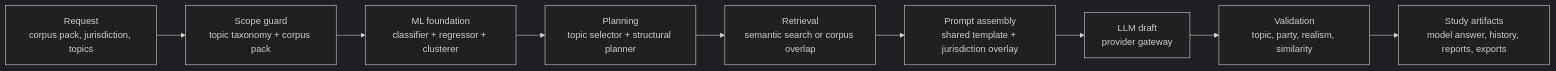
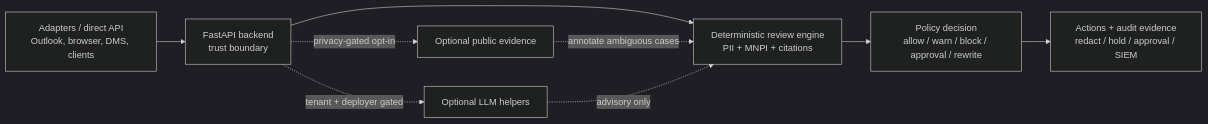
One commit to gongahkia/aki changed the first of 2 diagrams in README.md. Above: the diagram before and after it, drawn with Mermaid (dark theme). The commit also changed other lines of this file and 385 other files, not shown here.

````diff
--- a/README.md
+++ b/README.md
@@ -24,11 +250,11 @@
 ```mermaid
 flowchart LR
-  A[Request<br/>corpus pack, jurisdiction, topics] --> B[Scope guard<br/>topic taxonomy + corpus pack]
-  B --> C[ML foundation<br/>classifier + regressor + clusterer]
-  C --> D[Planning<br/>topic selector + structural planner]
-  D --> E[Retrieval<br/>semantic search or corpus overlap]
-  E --> F[Prompt assembly<br/>shared template + jurisdiction overlay]
-  F --> G[LLM draft<br/>provider gateway]
-  G --> H[Validation<br/>topic, party, realism, similarity]
-  H --> I[Study artifacts<br/>model answer, history, reports, exports]
+    Adapters[Adapters / direct API<br/>Outlook, browser, DMS, clients] --> Boundary[FastAPI backend<br/>trust boundary]
+    Boundary --> Engine[Deterministic review engine<br/>PII + MNPI + citations]
+    Engine --> Policy[Policy decision<br/>allow / warn / block / approval / rewrite]
+    Policy --> Evidence[Actions + audit evidence<br/>redact / hold / approval / SIEM]
+    Boundary -. privacy-gated opt-in .-> PublicEvidence[Optional public evidence]
+    Boundary -. tenant + deployer gated .-> LLM[Optional LLM helpers]
+    PublicEvidence -. annotate ambiguous cases .-> Engine
+    LLM -. advisory only .-> Engine
 ```
````
